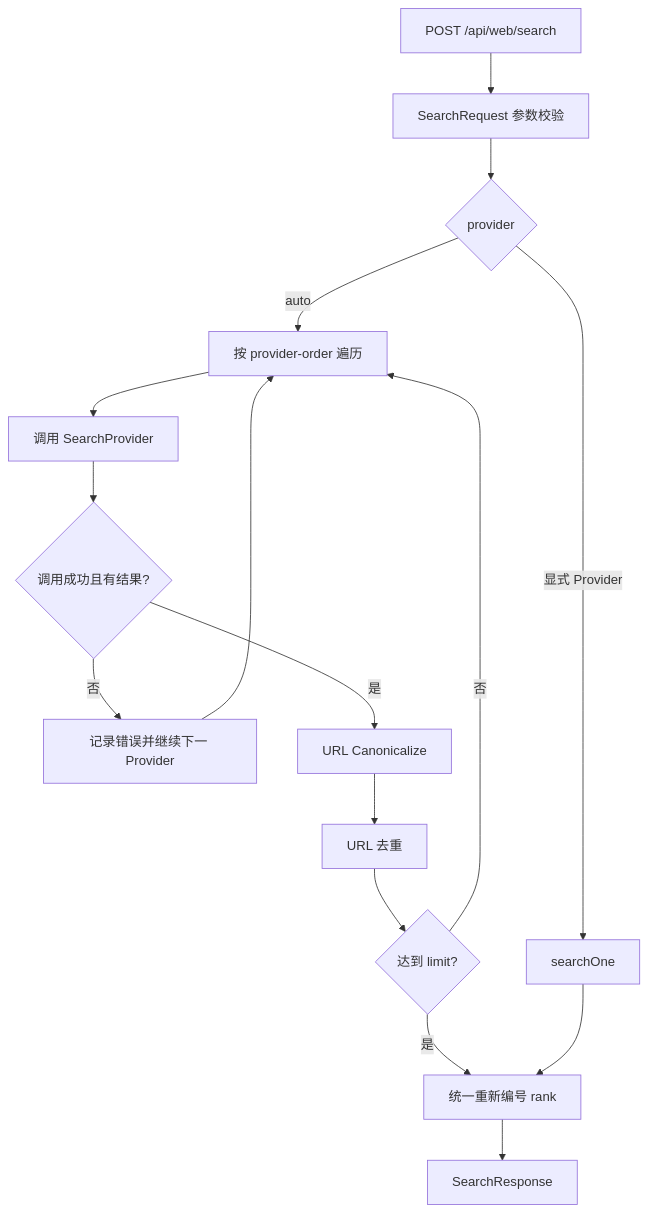
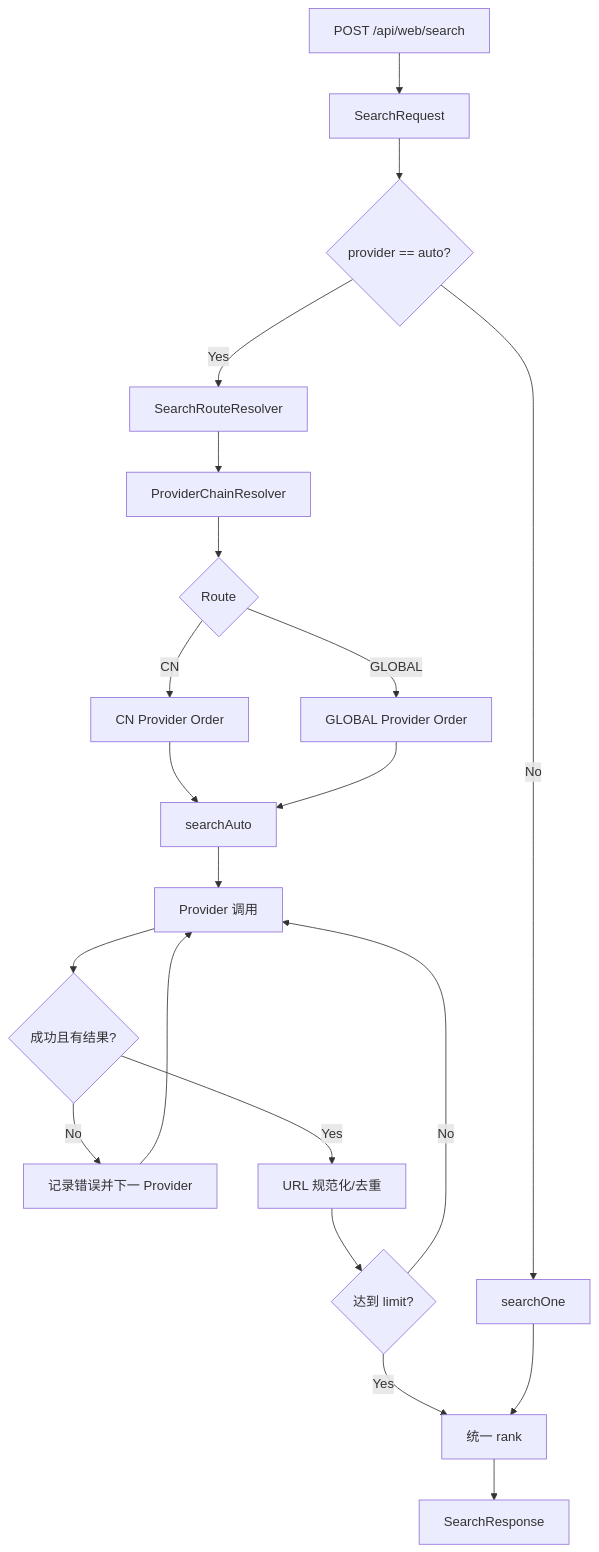
One commit to changluya/openreach changed the diagram in docs/核心搜索接口设计/01-websearch核心流程设计.md. Above: the diagram before and after it, drawn with Mermaid. The commit also changed other lines of this file and 83 other files, not shown here.

Commit message:
[master][all][优化更新v1.0.2，增强安全层面优化以及海外渠道打通，搜索图像结果进行不可达内容过滤已优化]

````diff
--- a/docs/核心搜索接口设计/01-websearch核心流程设计.md
+++ b/docs/核心搜索接口设计/01-websearch核心流程设计.md
@@ -149,18 +112,23 @@
 ```mermaid
 flowchart TD
-    A[POST /api/web/search] --> B[SearchRequest 参数校验]
-    B --> C{provider}
-    C -->|显式 Provider| D[searchOne]
-    C -->|auto| E[按 provider-order 遍历]
-    E --> F[调用 SearchProvider]
-    F --> G{调用成功且有结果?}
-    G -->|否| H[记录错误并继续下一 Provider]
-    H --> E
-    G -->|是| I[URL Canonicalize]
-    I --> J[URL 去重]
-    J --> K{达到 limit?}
-    K -->|否| E
-    K -->|是| L[统一重新编号 rank]
-    D --> L
-    L --> M[SearchResponse]
+    A[POST /api/web/search] --> B[SearchRequest]
+    B --> C{provider == auto?}
+    C -->|No| D[searchOne]
+    C -->|Yes| E[SearchRouteResolver]
+    E --> F[ProviderChainResolver]
+    F --> G{Route}
+    G -->|CN| H[CN Provider Order]
+    G -->|GLOBAL| I[GLOBAL Provider Order]
+    H --> J[searchAuto]
+    I --> J
+    J --> K[Provider 调用]
+    K --> L{成功且有结果?}
+    L -->|No| M[记录错误并下一 Provider]
+    M --> K
+    L -->|Yes| N[URL 规范化/去重]
+    N --> O{达到 limit?}
+    O -->|No| K
+    O -->|Yes| P[统一 rank]
+    D --> P
+    P --> Q[SearchResponse]
 ```
````
